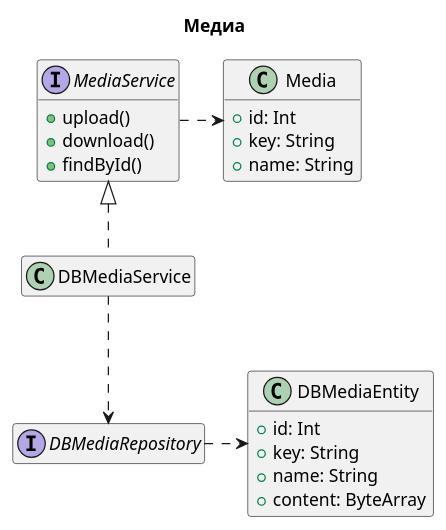
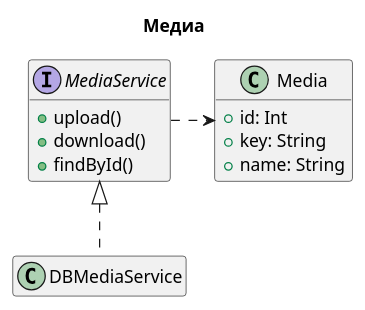
The diagram in src/main/docs/classes_media.puml (hyposun/deppplom), drawn with PlantUML before and after one commit. The commit also changed 7 other files, not shown here.

```diff
--- a/src/main/docs/classes_media.puml
+++ b/src/main/docs/classes_media.puml
@@ -1,38 +1,38 @@
 @startuml
 
 hide empty members
 allowmixing
 
 title "Медиа"
 
 interface MediaService {
     + upload()
     + download()
     + findById()
 }
 
 class Media {
     + id: Int
     + key: String
     + name: String
 }
 
 MediaService .> Media
 
 
 class DBMediaService implements MediaService
 
-interface DBMediaRepository
+'interface DBMediaRepository
 
-class DBMediaEntity {
-    + id: Int
-    + key: String
-    + name: String
-    + content: ByteArray
-}
+'class DBMediaEntity {
+'    + id: Int
+'    + key: String
+'    + name: String
+'    + content: ByteArray
+'}
 
-DBMediaRepository .> DBMediaEntity
-DBMediaService ..> DBMediaRepository
+'DBMediaRepository .> DBMediaEntity
+'DBMediaService ..> DBMediaRepository
 
 
 @enduml
```
